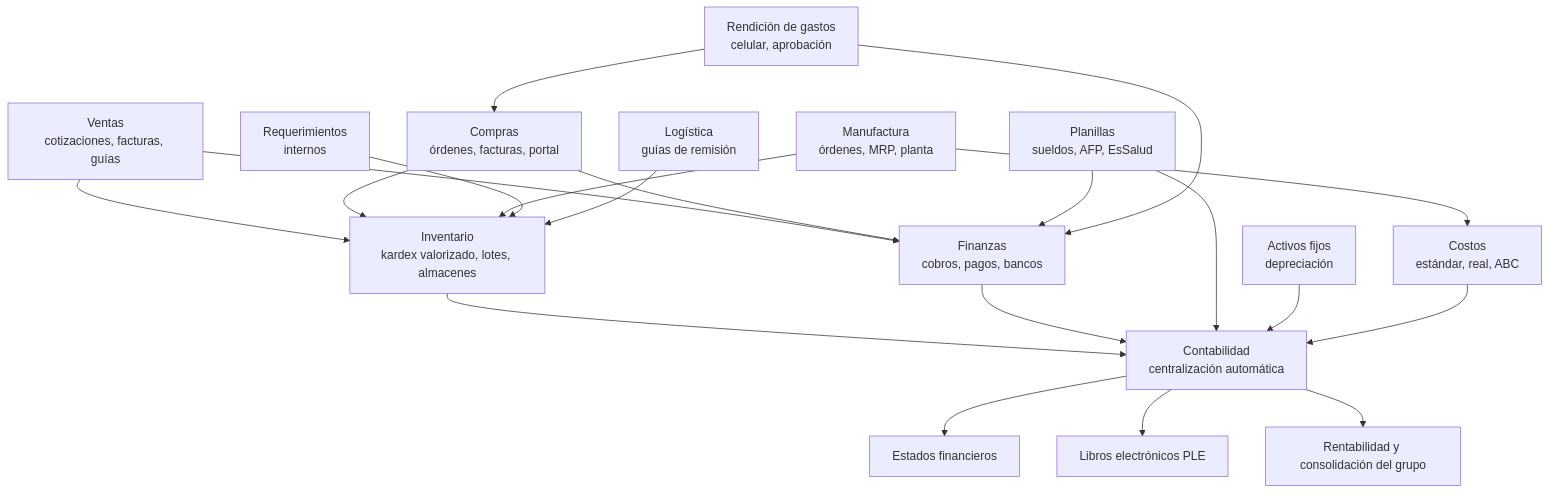
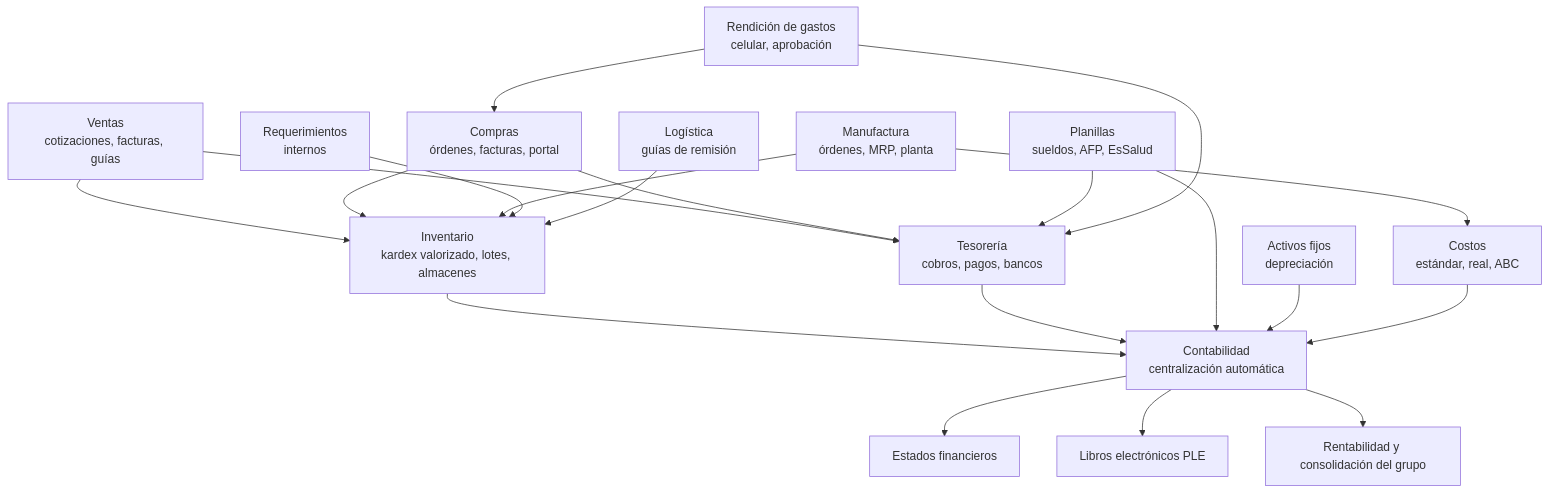
One commit to JulioLFH/ERP_V1.0 changed the first of 3 diagrams in docs/INTEGRACION.md. Above: the diagram before and after it, drawn with Mermaid. The commit also changed other lines of this file and 82 other files, not shown here.

````diff
--- a/docs/INTEGRACION.md
+++ b/docs/INTEGRACION.md
@@ -9,22 +9,22 @@
 ```mermaid
 flowchart TB
     VEN[Ventas<br/>cotizaciones, facturas, guías] --> INV
     COM[Compras<br/>órdenes, facturas, portal] --> INV
     MAN[Manufactura<br/>órdenes, MRP, planta] --> INV
     REQ[Requerimientos<br/>internos] --> INV
     LOG[Logística<br/>guías de remisión] --> INV
     INV[Inventario<br/>kardex valorizado, lotes, almacenes] --> CON
     VEN --> FIN
     COM --> FIN
     PLA[Planillas<br/>sueldos, AFP, EsSalud] --> FIN
     REN[Rendición de gastos<br/>celular, aprobación] --> FIN
     REN --> COM
-    FIN[Finanzas<br/>cobros, pagos, bancos] --> CON
+    FIN[Tesorería<br/>cobros, pagos, bancos] --> CON
     PLA --> CON
     ACT[Activos fijos<br/>depreciación] --> CON
     MAN --> COS[Costos<br/>estándar, real, ABC]
     COS --> CON
     CON[Contabilidad<br/>centralización automática] --> EEFF[Estados financieros]
     CON --> PLE[Libros electrónicos PLE]
     CON --> REP[Rentabilidad y consolidación del grupo]
 ```
````
